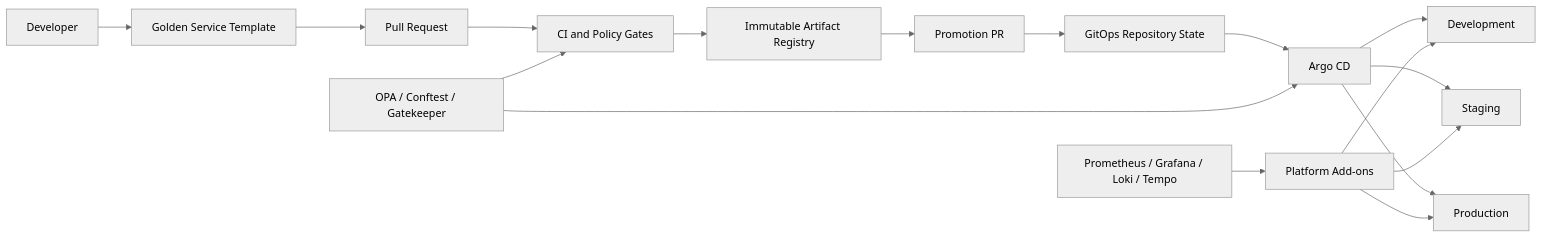
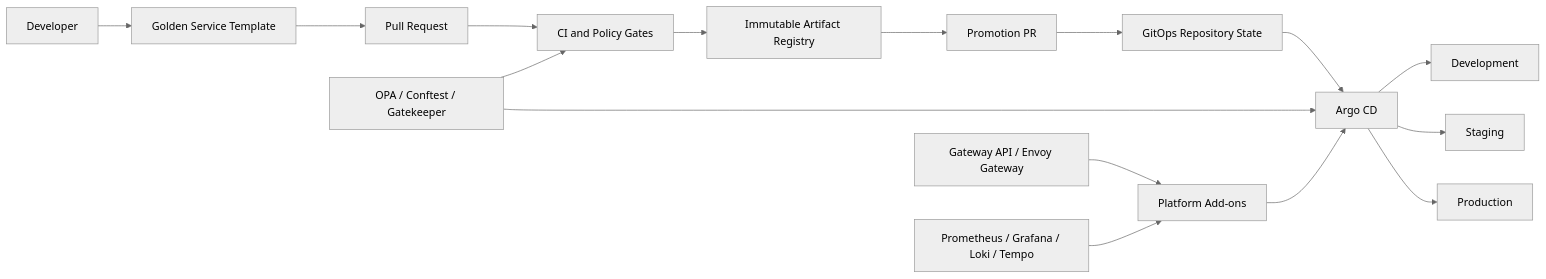
One commit to lloga29/goldenPath changed the diagram in README.md. Above: the diagram before and after it, drawn with Mermaid (neutral theme). The commit also changed other lines of this file and 6 other files, not shown here.

Commit message:
docs: align repository state with validated architecture

````diff
--- a/README.md
+++ b/README.md
@@ -41,19 +44,18 @@
 ```mermaid
 flowchart LR
     Dev[Developer] --> Template[Golden Service Template]
     Template --> PR[Pull Request]
     PR --> CI[CI and Policy Gates]
     CI --> Registry[Immutable Artifact Registry]
     Registry --> Promotion[Promotion PR]
     Promotion --> GitOps[GitOps Repository State]
     GitOps --> Argo[Argo CD]
     Argo --> DevEnv[Development]
     Argo --> Staging[Staging]
     Argo --> Prod[Production]
     Policies[OPA / Conftest / Gatekeeper] --> CI
     Policies --> Argo
-    Platform[Platform Add-ons] --> DevEnv
-    Platform --> Staging
-    Platform --> Prod
+    Platform[Platform Add-ons] --> Argo
+    Gateway[Gateway API / Envoy Gateway] --> Platform
     Obs[Prometheus / Grafana / Loki / Tempo] --> Platform
 ```
````
